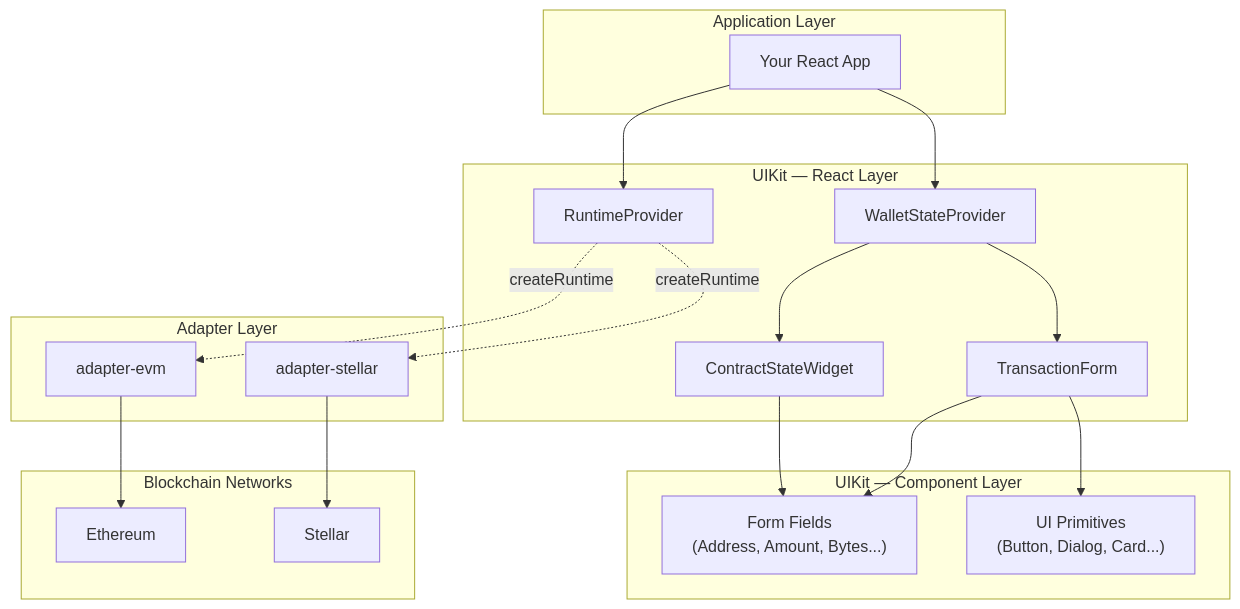
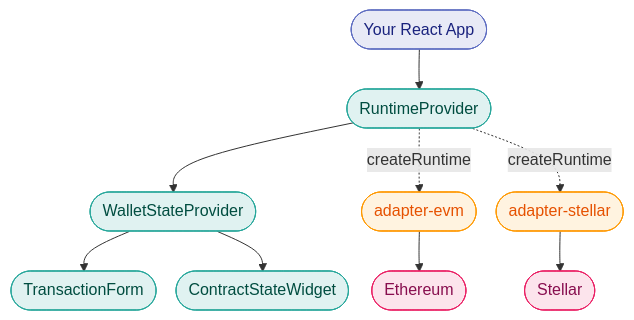
Before and after one commit to OpenZeppelin/docs: the fifth of 5 diagrams in content/tools/uikit/architecture.mdx, drawn with Mermaid. The commit also changed other lines of this file and 1 other file, not shown here.

First line of the commit message:
docs(uikit): rewrite Mermaid diagrams for clean layout

````diff
--- a/content/tools/uikit/architecture.mdx
+++ b/content/tools/uikit/architecture.mdx
@@ -238,41 +222,29 @@
 ```mermaid
-graph TB
-  subgraph "Application Layer"
-    App["Your React App"]
-  end
+%%{init: {'flowchart': {'nodeSpacing': 20, 'rankSpacing': 40}} }%%
+flowchart TD
+  App(["Your React App"])
+  RP(["RuntimeProvider"])
+  WSP(["WalletStateProvider"])
+  TF(["TransactionForm"])
+  CSW(["ContractStateWidget"])
+  AdapterEVM(["adapter-evm"])
+  AdapterStellar(["adapter-stellar"])
+  Ethereum(["Ethereum"])
+  Stellar(["Stellar"])
 
-  subgraph "UIKit — React Layer"
-    RP["RuntimeProvider"]
-    WSP["WalletStateProvider"]
-    TF["TransactionForm"]
-    CSW["ContractStateWidget"]
-  end
-
-  subgraph "UIKit — Component Layer"
-    Fields["Form Fields<br/>(Address, Amount, Bytes...)"]
-    Primitives["UI Primitives<br/>(Button, Dialog, Card...)"]
-  end
-
-  subgraph "Adapter Layer"
-    AdapterEVM["adapter-evm"]
-    AdapterStellar["adapter-stellar"]
-  end
-
-  subgraph "Blockchain Networks"
-    Ethereum["Ethereum"]
-    Stellar["Stellar"]
-  end
-
-  App --> RP
-  App --> WSP
-  WSP --> TF
-  WSP --> CSW
-  TF --> Fields
-  TF --> Primitives
-  CSW --> Fields
-
-  RP -.->|createRuntime| AdapterEVM
-  RP -.->|createRuntime| AdapterStellar
+  App --> RP --> WSP
+  WSP --> TF & CSW
+  RP -.->|createRuntime| AdapterEVM & AdapterStellar
   AdapterEVM --> Ethereum
   AdapterStellar --> Stellar
+
+  style App fill:#e8eaf6,stroke:#5c6bc0,color:#1a237e
+  style RP fill:#e0f2f1,stroke:#26a69a,color:#004d40
+  style WSP fill:#e0f2f1,stroke:#26a69a,color:#004d40
+  style TF fill:#e0f2f1,stroke:#26a69a,color:#004d40
+  style CSW fill:#e0f2f1,stroke:#26a69a,color:#004d40
+  style AdapterEVM fill:#fff3e0,stroke:#ff9800,color:#e65100
+  style AdapterStellar fill:#fff3e0,stroke:#ff9800,color:#e65100
+  style Ethereum fill:#fce4ec,stroke:#e91e63,color:#880e4f
+  style Stellar fill:#fce4ec,stroke:#e91e63,color:#880e4f
 ```
````
